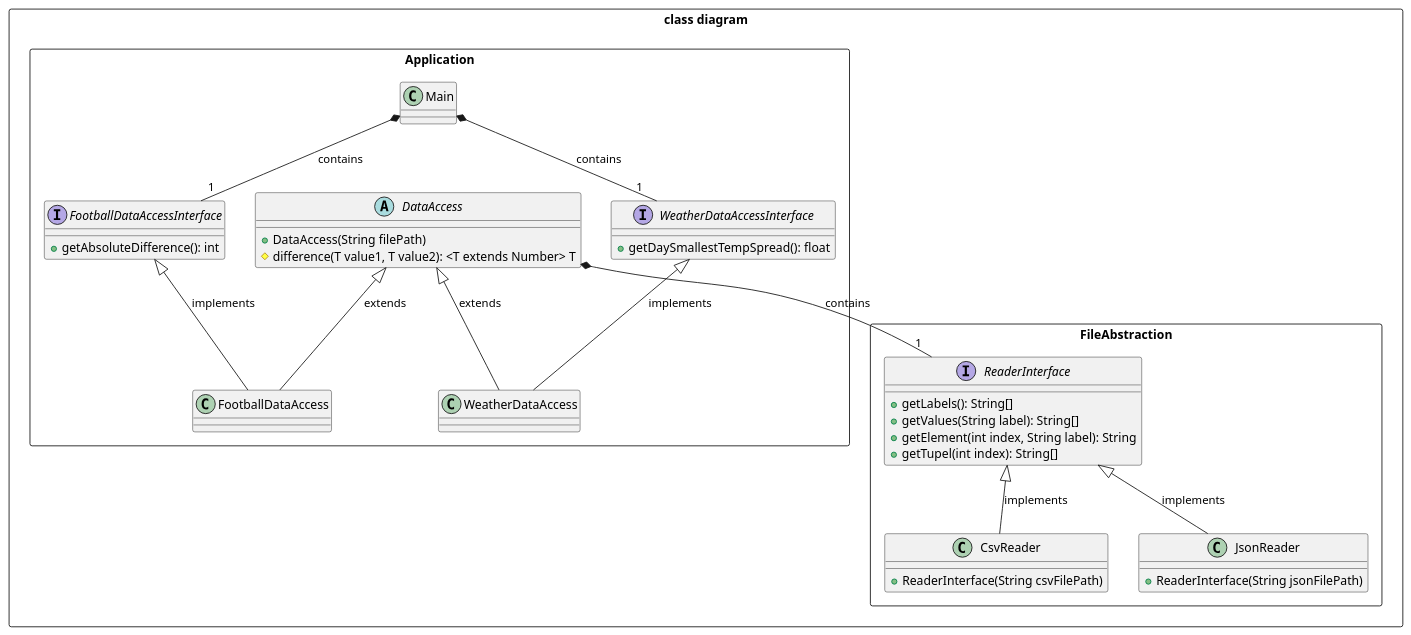
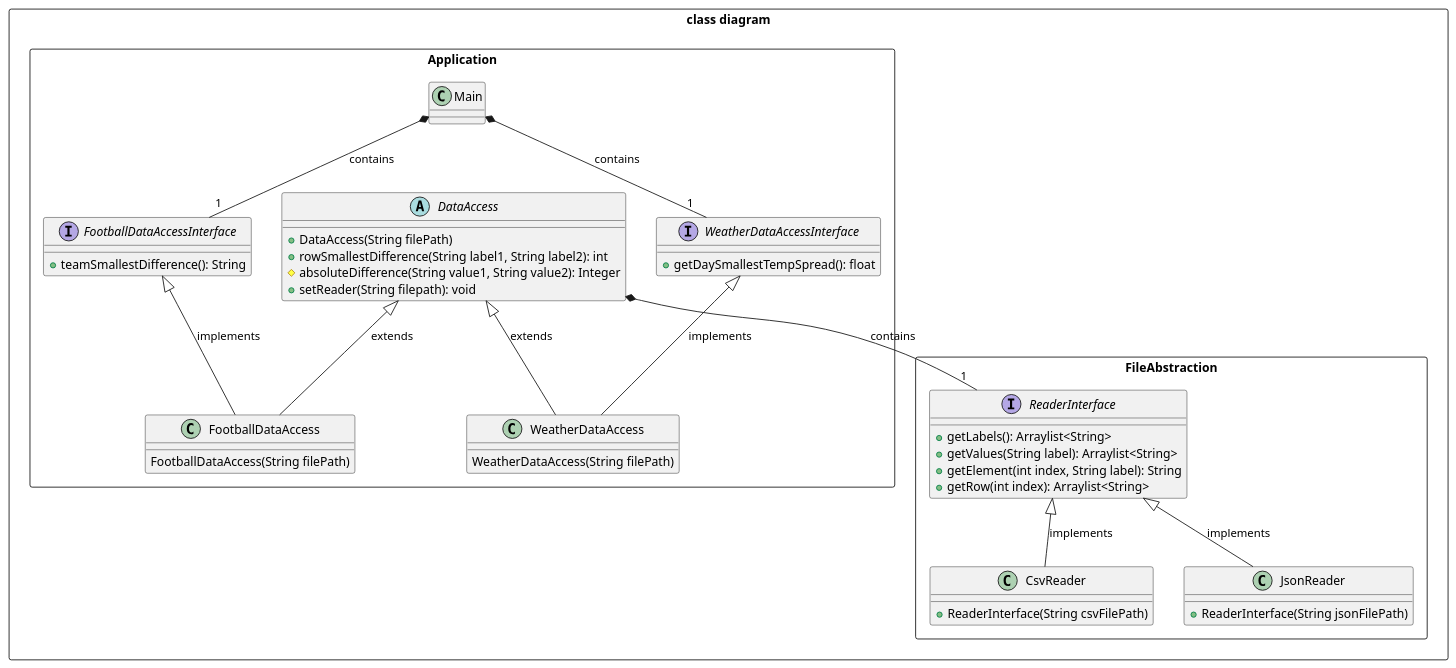
The diagram in src/main/resources/de/exxcellent/challenge/components.plantuml (nadisimo/CodingChallengeExxcellent), drawn with PlantUML before and after one commit.

Commit message:
docs(components diagram): current components diagram

```diff
--- a/src/main/resources/de/exxcellent/challenge/components.plantuml
+++ b/src/main/resources/de/exxcellent/challenge/components.plantuml
@@ -1,63 +1,64 @@
 @startuml
 
 rectangle "class diagram" { 
     rectangle Application {
         class Main 
         
         interface WeatherDataAccessInterface {
             + getDaySmallestTempSpread(): float
         }
 
         class WeatherDataAccess {
-            
+            WeatherDataAccess(String filePath)
         }
 
         interface FootballDataAccessInterface {
-            + getAbsoluteDifference(): int
+            + teamSmallestDifference(): String
         }
 
         class FootballDataAccess {
-            
+            FootballDataAccess(String filePath)
         }
 
         abstract class DataAccess {
             + DataAccess(String filePath)
-            # difference(T value1, T value2): <T extends Number> T 
-
+            + rowSmallestDifference(String label1, String label2): int 
+            # absoluteDifference(String value1, String value2): Integer
+            + setReader(String filepath): void
         }
     }
 
     rectangle FileAbstraction {
         class CsvReader {
             + ReaderInterface(String csvFilePath)
         }
 
         class JsonReader {
             + ReaderInterface(String jsonFilePath)
             
         }
 
         interface ReaderInterface {
-            + getLabels(): String[]
-            + getValues(String label): String[]
+            + getLabels(): Arraylist<String>
+            + getValues(String label): Arraylist<String>
             + getElement(int index, String label): String
-            + getTupel(int index): String[]
+            + getRow(int index): Arraylist<String>
         }
     }
 
     
 }
 
 WeatherDataAccessInterface <|-- WeatherDataAccess : implements
 FootballDataAccessInterface <|-- FootballDataAccess : implements
 DataAccess <|-- WeatherDataAccess : extends 
 DataAccess <|-- FootballDataAccess : extends 
 
 DataAccess *-- "1" ReaderInterface : contains
 ReaderInterface <|-- CsvReader : implements
 ReaderInterface <|-- JsonReader : implements
 
 Main *-- "1" WeatherDataAccessInterface : contains
 Main *-- "1" FootballDataAccessInterface : contains
 
 @enduml
```
